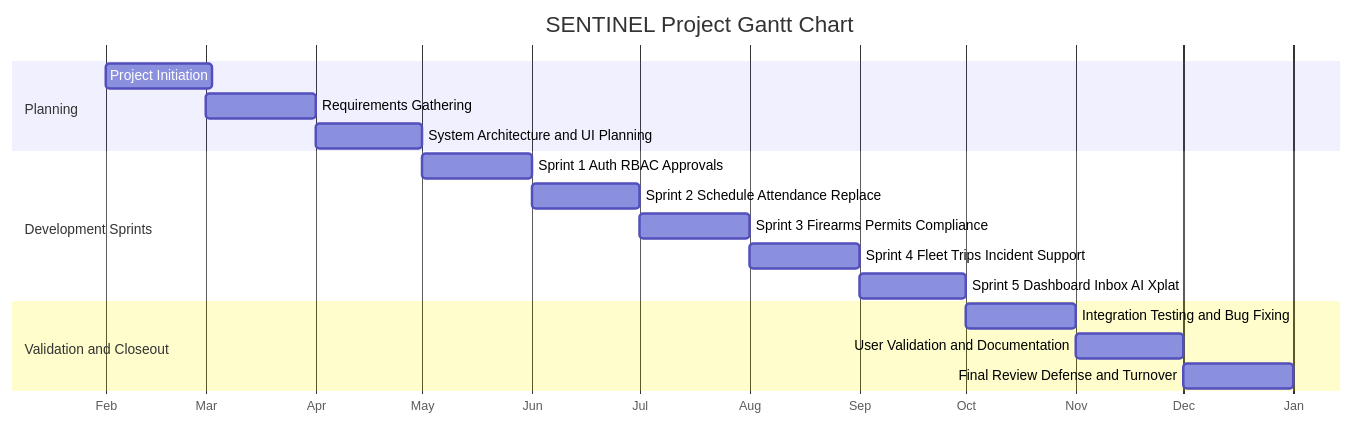
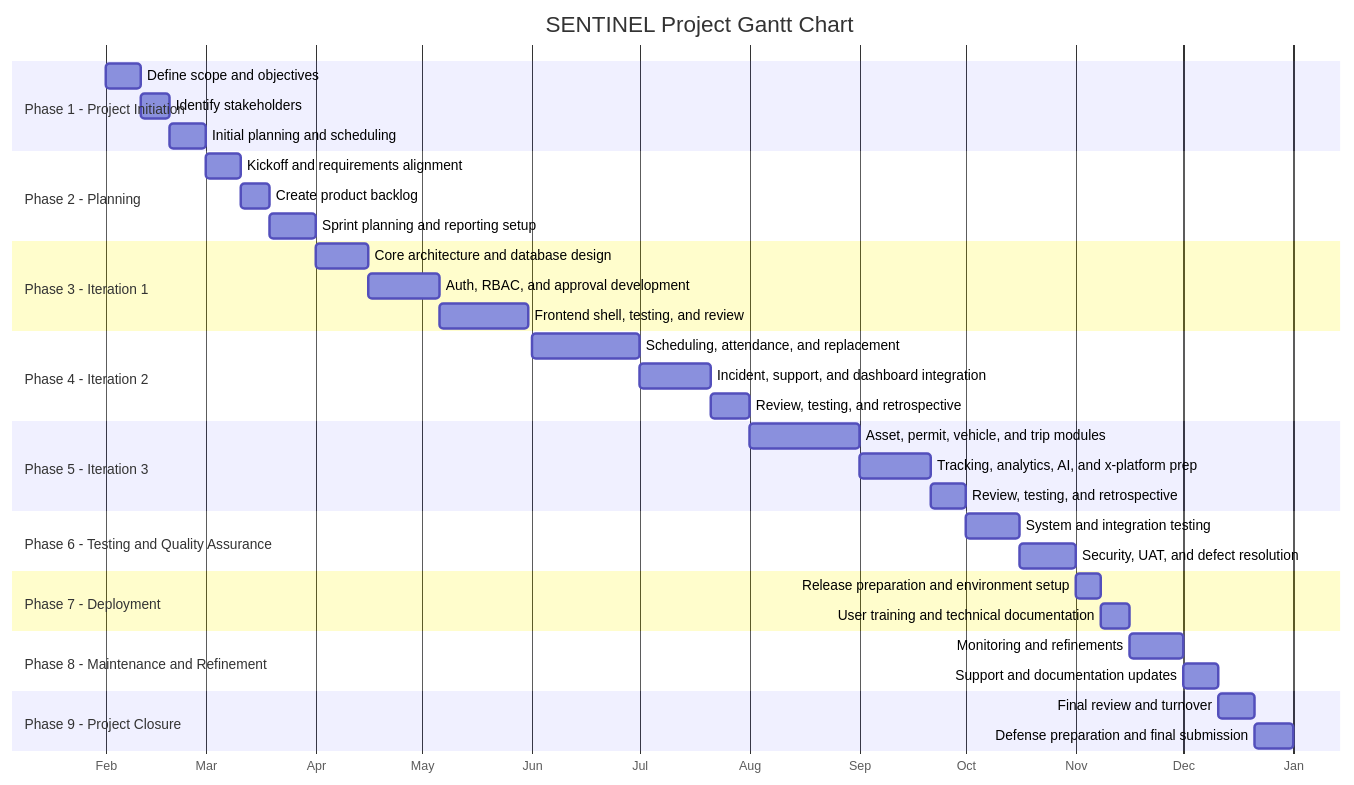
The second of 6 diagrams in SENTINEL - Group 8.md (dwaytu/Capstone-Main), drawn with Mermaid before and after one commit. The commit also changed other lines of this file, not shown here.

Commit message:
docs: refine project objectives and update WBS with detailed phases and activities

````diff
--- a/SENTINEL - Group 8.md
+++ b/SENTINEL - Group 8.md
@@ -1088,23 +1131,47 @@
 ```mermaid
 gantt
 	title SENTINEL Project Gantt Chart
 	dateFormat  YYYY-MM-DD
 	axisFormat  %b
 
-	section Planning
-	Project Initiation                  :a1, 2026-02-01, 30d
-	Requirements Gathering              :a2, 2026-03-01, 31d
-	System Architecture and UI Planning :a3, 2026-04-01, 30d
+	section Phase 1 - Project Initiation
+	Define scope and objectives                   :a1, 2026-02-01, 10d
+	Identify stakeholders                         :a2, after a1, 8d
+	Initial planning and scheduling               :a3, after a2, 10d
 
-	section Development Sprints
-	Sprint 1 Auth RBAC Approvals         :b1, 2026-05-01, 31d
-	Sprint 2 Schedule Attendance Replace :b2, 2026-06-01, 30d
-	Sprint 3 Firearms Permits Compliance :b3, 2026-07-01, 31d
-	Sprint 4 Fleet Trips Incident Support :b4, 2026-08-01, 31d
-	Sprint 5 Dashboard Inbox AI Xplat    :b5, 2026-09-01, 30d
+	section Phase 2 - Planning
+	Kickoff and requirements alignment            :b1, 2026-03-01, 10d
+	Create product backlog                        :b2, after b1, 8d
+	Sprint planning and reporting setup           :b3, after b2, 13d
 
-	section Validation and Closeout
-	Integration Testing and Bug Fixing  :c1, 2026-10-01, 31d
-	User Validation and Documentation   :c2, 2026-11-01, 30d
-	Final Review Defense and Turnover   :c3, 2026-12-01, 31d
+	section Phase 3 - Iteration 1
+	Core architecture and database design         :c1, 2026-04-01, 15d
+	Auth, RBAC, and approval development          :c2, after c1, 20d
+	Frontend shell, testing, and review           :c3, after c2, 25d
+
+	section Phase 4 - Iteration 2
+	Scheduling, attendance, and replacement       :d1, 2026-06-01, 30d
+	Incident, support, and dashboard integration  :d2, 2026-07-01, 20d
+	Review, testing, and retrospective            :d3, after d2, 11d
+
+	section Phase 5 - Iteration 3
+	Asset, permit, vehicle, and trip modules      :e1, 2026-08-01, 31d
+	Tracking, analytics, AI, and x-platform prep  :e2, 2026-09-01, 20d
+	Review, testing, and retrospective            :e3, after e2, 10d
+
+	section Phase 6 - Testing and Quality Assurance
+	System and integration testing                :f1, 2026-10-01, 15d
+	Security, UAT, and defect resolution          :f2, after f1, 16d
+
+	section Phase 7 - Deployment
+	Release preparation and environment setup     :g1, 2026-11-01, 7d
+	User training and technical documentation     :g2, after g1, 8d
+
+	section Phase 8 - Maintenance and Refinement
+	Monitoring and refinements                    :h1, 2026-11-16, 15d
+	Support and documentation updates             :h2, 2026-12-01, 10d
+
+	section Phase 9 - Project Closure
+	Final review and turnover                     :i1, 2026-12-11, 10d
+	Defense preparation and final submission      :i2, after i1, 11d
 ```
````
